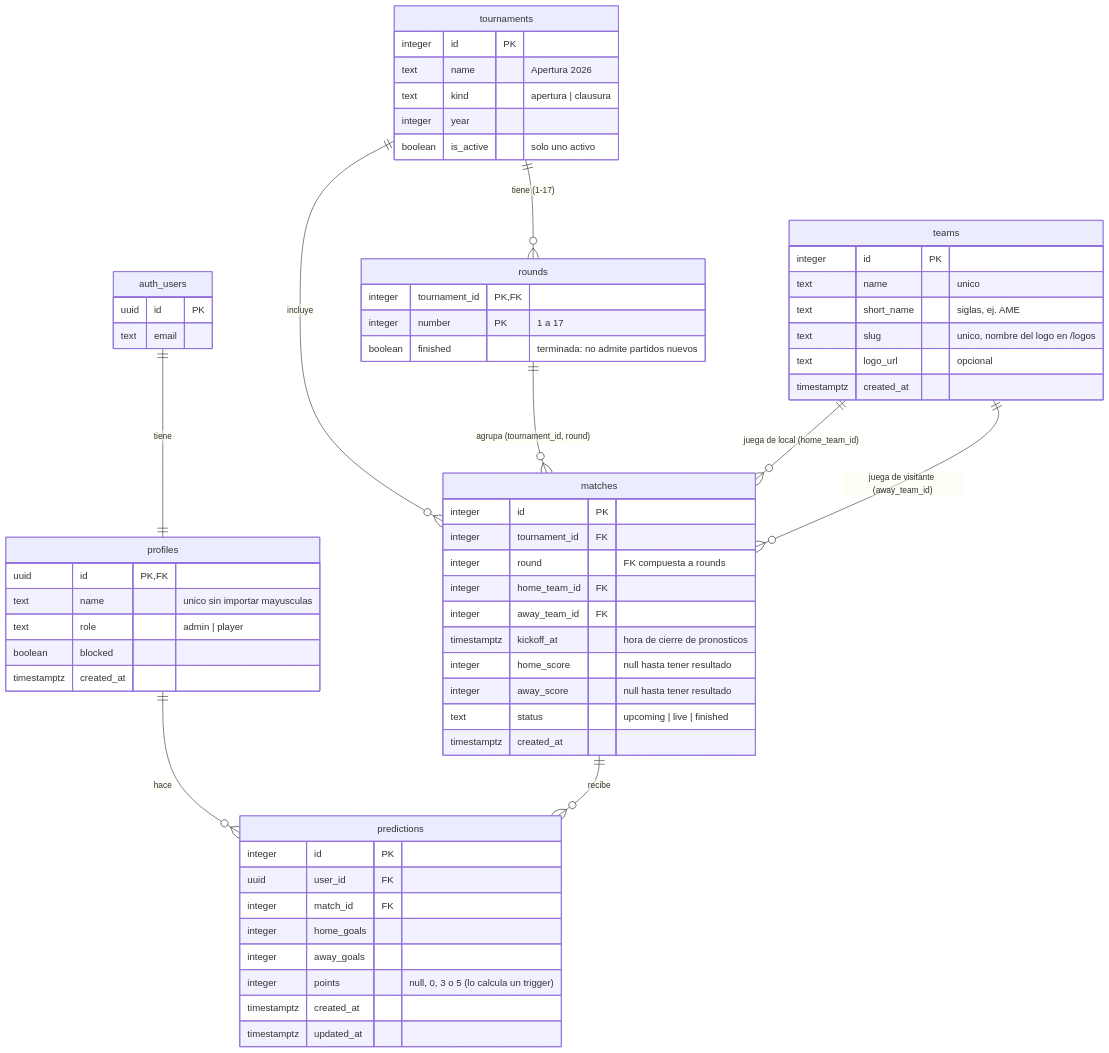
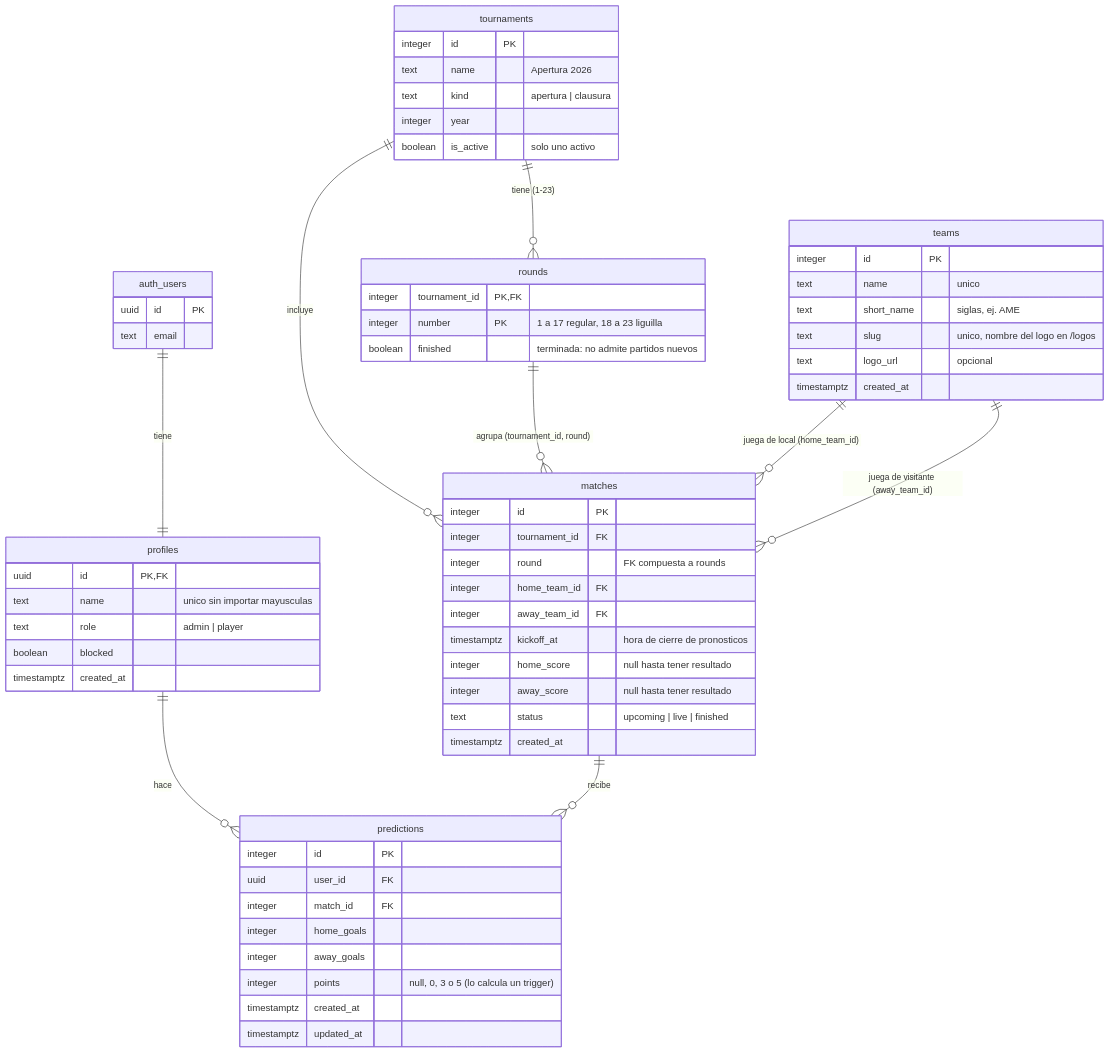
The diagram in docs/UML_DB.md (DanielSR16/proyect-quiniela), drawn with Mermaid before and after one commit. The commit also changed other lines of this file and 14 other files, not shown here.

````diff
--- a/docs/UML_DB.md
+++ b/docs/UML_DB.md
@@ -6,71 +6,71 @@
 ```mermaid
 erDiagram
     auth_users ||--|| profiles : "tiene"
     profiles   ||--o{ predictions : "hace"
     matches    ||--o{ predictions : "recibe"
-    tournaments ||--o{ rounds : "tiene (1-17)"
+    tournaments ||--o{ rounds : "tiene (1-23)"
     tournaments ||--o{ matches : "incluye"
     rounds     ||--o{ matches : "agrupa (tournament_id, round)"
     teams      ||--o{ matches : "juega de local (home_team_id)"
     teams      ||--o{ matches : "juega de visitante (away_team_id)"
 
     auth_users {
         uuid id PK
         text email
     }
 
     profiles {
         uuid id PK, FK
         text name "unico sin importar mayusculas"
         text role "admin | player"
         boolean blocked
         timestamptz created_at
     }
 
     tournaments {
         integer id PK
         text name "Apertura 2026"
         text kind "apertura | clausura"
         integer year
         boolean is_active "solo uno activo"
     }
 
     rounds {
         integer tournament_id PK, FK
-        integer number PK "1 a 17"
+        integer number PK "1 a 17 regular, 18 a 23 liguilla"
         boolean finished "terminada: no admite partidos nuevos"
     }
 
     teams {
         integer id PK
         text name "unico"
         text short_name "siglas, ej. AME"
         text slug "unico, nombre del logo en /logos"
         text logo_url "opcional"
         timestamptz created_at
     }
 
     matches {
         integer id PK
         integer tournament_id FK
         integer round "FK compuesta a rounds"
         integer home_team_id FK
         integer away_team_id FK
         timestamptz kickoff_at "hora de cierre de pronosticos"
         integer home_score "null hasta tener resultado"
         integer away_score "null hasta tener resultado"
         text status "upcoming | live | finished"
         timestamptz created_at
     }
 
     predictions {
         integer id PK
         uuid user_id FK
         integer match_id FK
         integer home_goals
         integer away_goals
         integer points "null, 0, 3 o 5 (lo calcula un trigger)"
         timestamptz created_at
         timestamptz updated_at
     }
 ```
````
